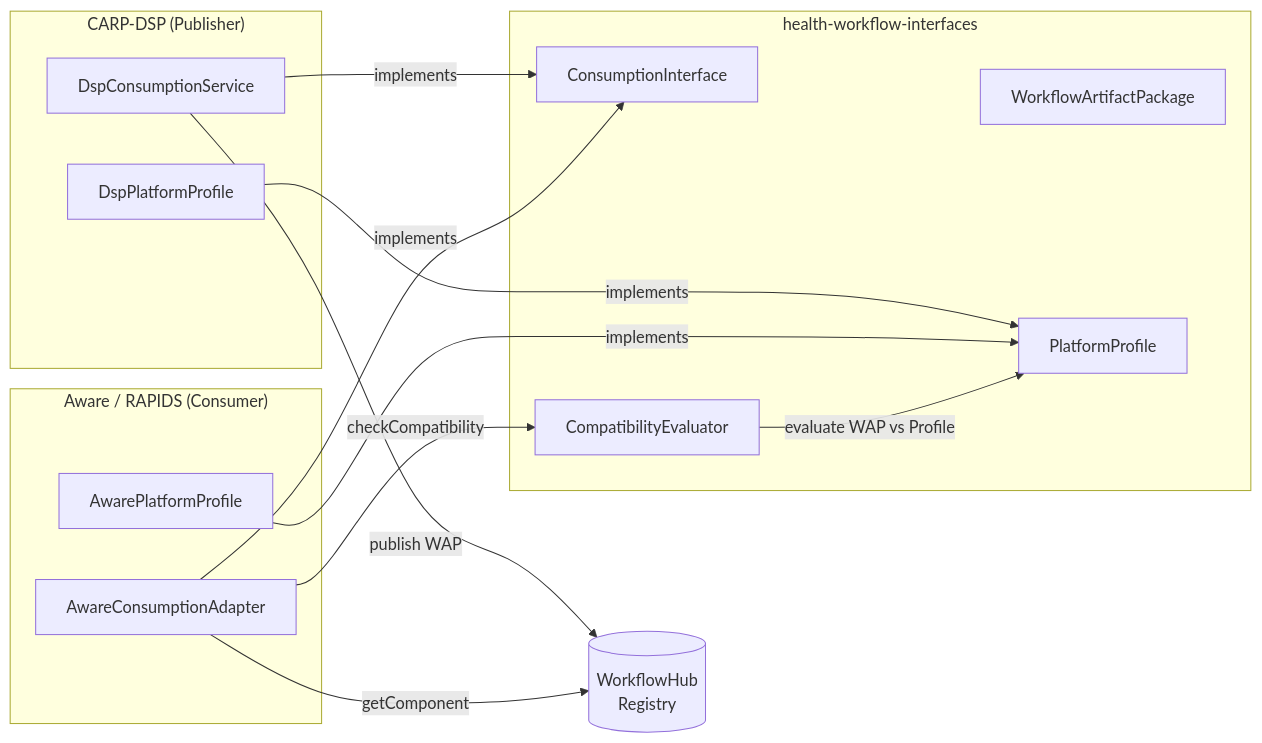
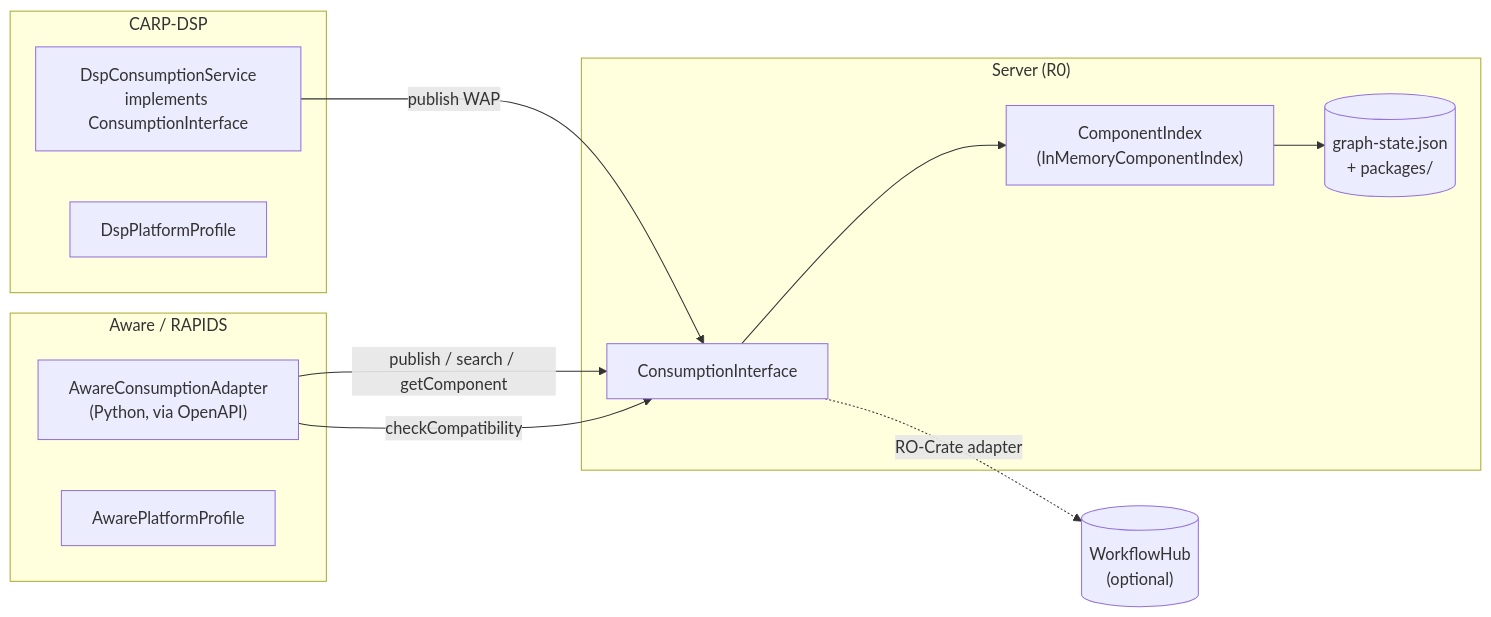
One commit to carp-dk/health-workflow-interfaces changed the diagram in README.md. Above: the diagram before and after it, drawn with Mermaid. The commit also changed other lines of this file and 10 other files, not shown here.

Commit message:
feat(graph): introduce ComponentIndex for indexing and traversing component relationships

````diff
--- a/README.md
+++ b/README.md
@@ -34,31 +35,29 @@
 ```mermaid
 flowchart LR
-    subgraph CARP ["CARP-DSP (Publisher)"]
-        DSP_SVC["DspConsumptionService"]
+    subgraph CARP ["CARP-DSP"]
+        DSP_SVC["DspConsumptionService\nimplements ConsumptionInterface"]
         DSP_PROF["DspPlatformProfile"]
     end
 
-    subgraph LIB ["health-workflow-interfaces"]
-        WAP["WorkflowArtifactPackage"]
+    subgraph SERVER ["Server (R0)"]
         CI["ConsumptionInterface"]
-        PP["PlatformProfile"]
-        CE["CompatibilityEvaluator"]
+        IDX["ComponentIndex\n(InMemoryComponentIndex)"]
+        STORE[("graph-state.json\n+ packages/")]
     end
 
-    subgraph AWARE ["Aware / RAPIDS (Consumer)"]
-        AWR_ADAPT["AwareConsumptionAdapter"]
+    subgraph AWARE ["Aware / RAPIDS"]
+        AWR_ADAPT["AwareConsumptionAdapter\n(Python, via OpenAPI)"]
         AWR_PROF["AwarePlatformProfile"]
     end
 
-    WFH[("WorkflowHub\nRegistry")]
+    WFH[("WorkflowHub\n(optional)")]
 
-    DSP_SVC -->|implements| CI
-    DSP_PROF -->|implements| PP
-    AWR_ADAPT -->|implements| CI
-    AWR_PROF -->|implements| PP
+    DSP_SVC -->|publish WAP| CI
+    CI --> IDX
+    IDX --> STORE
 
-    DSP_SVC -->|publish WAP| WFH
-    AWR_ADAPT -->|getComponent| WFH
-    CE -->|evaluate WAP vs Profile| PP
-    AWR_ADAPT -->|checkCompatibility| CE
+    AWR_ADAPT -->|publish / search / getComponent| CI
+    AWR_ADAPT -->|checkCompatibility| CI
+
+    CI -.->|RO-Crate adapter| WFH
 ```
````
